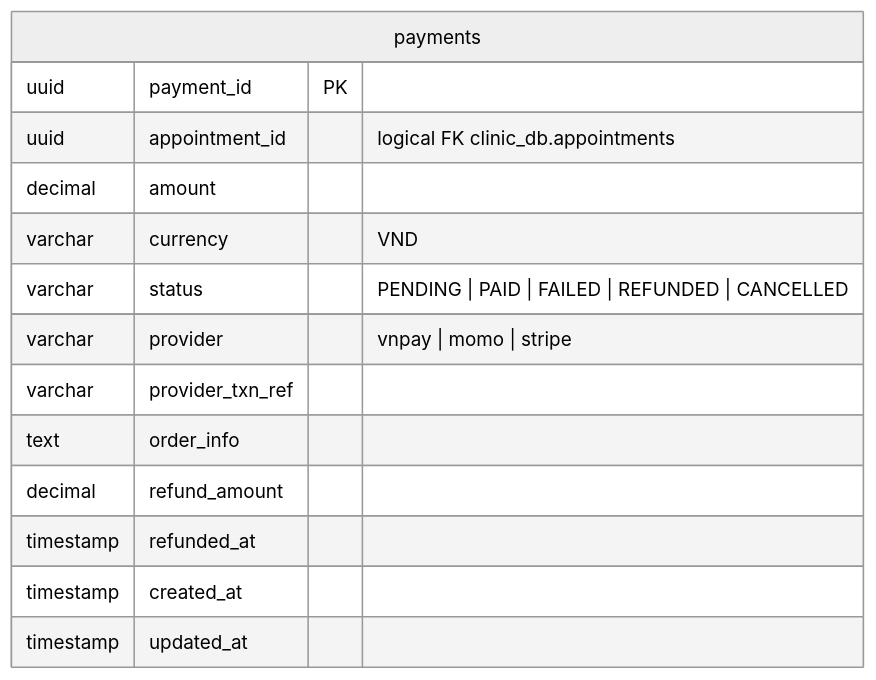
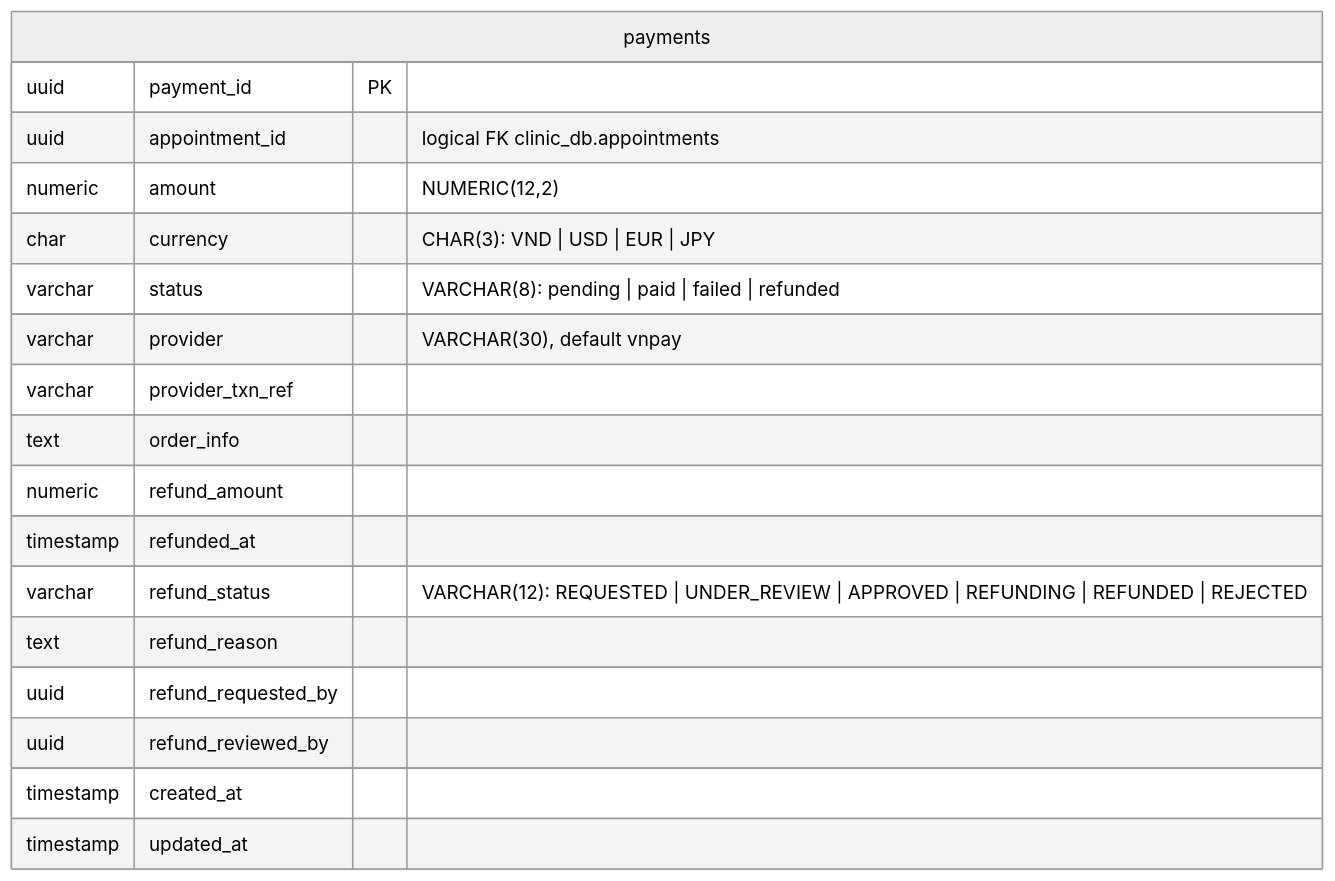
Before and after one commit to LTPPPP/Smart-Medical-Intelligent-Ledger-for-E-health-S.M.I.L.E-: the ninth of 9 diagrams in docs/architecture/erd.md, drawn with Mermaid (neutral theme). The commit also changed other lines of this file and 4 other files, not shown here.

First line of the commit message:
update : refresh ERD diagrams and architecture doc to match schemas

````diff
--- a/docs/architecture/erd.md
+++ b/docs/architecture/erd.md
@@ -678,17 +688,21 @@
 ```mermaid
 erDiagram
     payments {
         uuid payment_id PK
         uuid appointment_id "logical FK clinic_db.appointments"
-        decimal amount
-        varchar currency "VND"
-        varchar status "PENDING | PAID | FAILED | REFUNDED | CANCELLED"
-        varchar provider "vnpay | momo | stripe"
+        numeric amount "NUMERIC(12,2)"
+        char currency "CHAR(3): VND | USD | EUR | JPY"
+        varchar status "VARCHAR(8): pending | paid | failed | refunded"
+        varchar provider "VARCHAR(30), default vnpay"
         varchar provider_txn_ref
         text order_info
-        decimal refund_amount
+        numeric refund_amount
         timestamp refunded_at
+        varchar refund_status "VARCHAR(12): REQUESTED | UNDER_REVIEW | APPROVED | REFUNDING | REFUNDED | REJECTED"
+        text refund_reason
+        uuid refund_requested_by
+        uuid refund_reviewed_by
         timestamp created_at
         timestamp updated_at
     }
 ```
````
